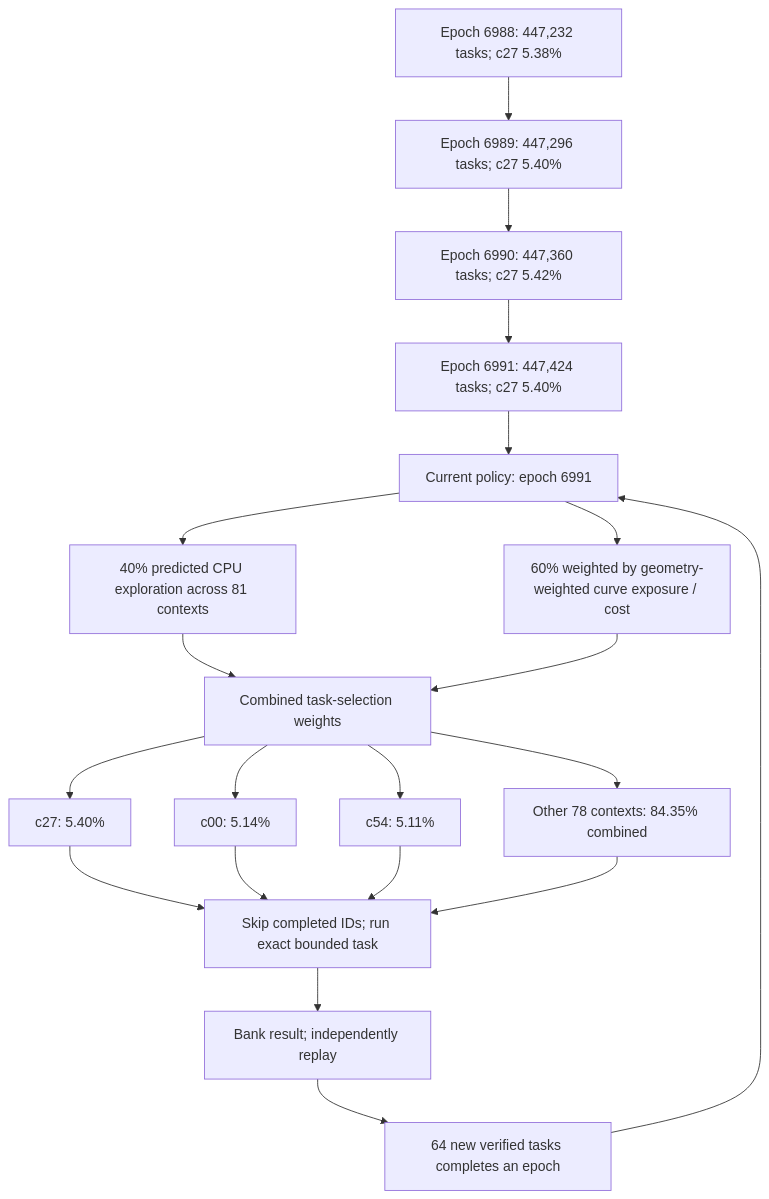
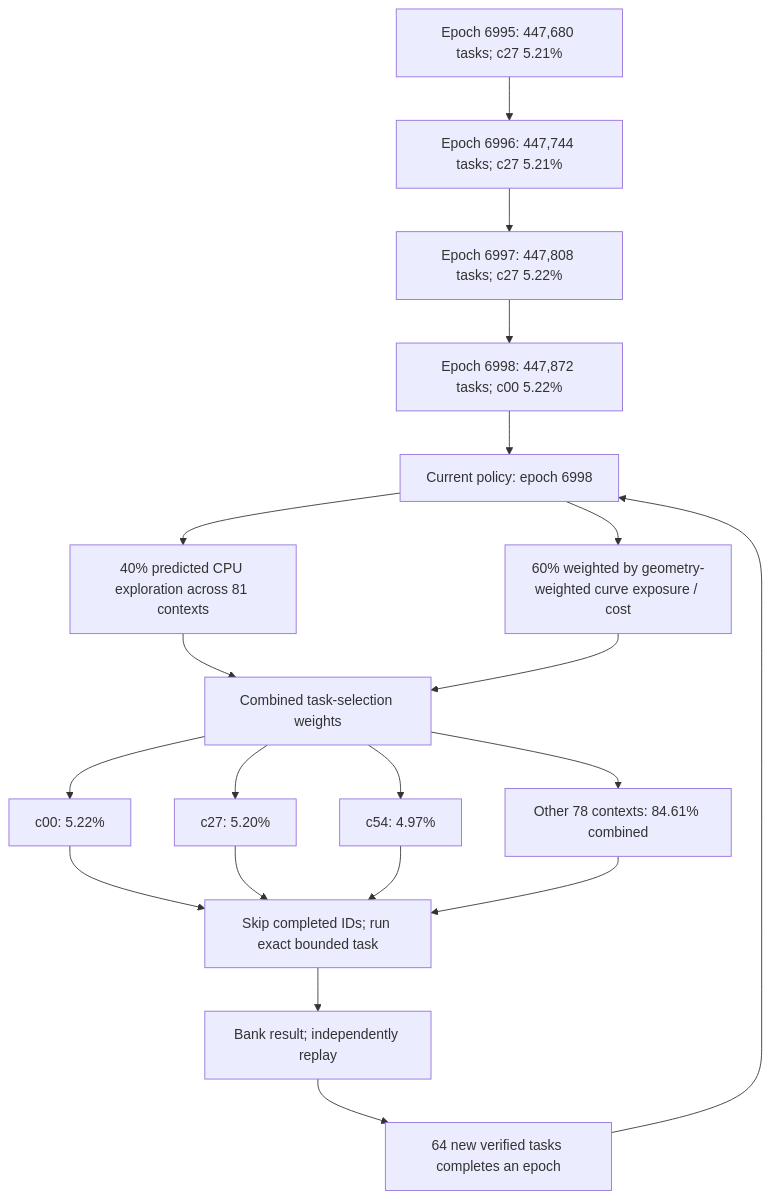
The first of 4 diagrams in README.md (Kuberwastaken/math-gambling), drawn with Mermaid before and after one commit. The commit also changed other lines of this file and 1481 other files, not shown here.

````diff
--- a/README.md
+++ b/README.md
@@ -60,27 +60,27 @@
 ```mermaid
 flowchart TD
-    H0["Epoch 6988: 447,232 tasks; c27 5.38%"]
-    H1["Epoch 6989: 447,296 tasks; c27 5.40%"]
+    H0["Epoch 6995: 447,680 tasks; c27 5.21%"]
+    H1["Epoch 6996: 447,744 tasks; c27 5.21%"]
     H0 --> H1
-    H2["Epoch 6990: 447,360 tasks; c27 5.42%"]
+    H2["Epoch 6997: 447,808 tasks; c27 5.22%"]
     H1 --> H2
-    H3["Epoch 6991: 447,424 tasks; c27 5.40%"]
+    H3["Epoch 6998: 447,872 tasks; c00 5.22%"]
     H2 --> H3
-    Policy["Current policy: epoch 6991"]
+    Policy["Current policy: epoch 6998"]
     H3 --> Policy
     Policy --> Explore["40% predicted CPU exploration across 81 contexts"]
     Policy --> Cost["60% weighted by geometry-weighted curve exposure / cost"]
     Explore --> Mix["Combined task-selection weights"]
     Cost --> Mix
-    Mix --> C0["c27: 5.40%"]
-    Mix --> C1["c00: 5.14%"]
-    Mix --> C2["c54: 5.11%"]
-    Mix --> Rest["Other 78 contexts: 84.35% combined"]
+    Mix --> C0["c00: 5.22%"]
+    Mix --> C1["c27: 5.20%"]
+    Mix --> C2["c54: 4.97%"]
+    Mix --> Rest["Other 78 contexts: 84.61% combined"]
     C0 --> Check["Skip completed IDs; run exact bounded task"]
     C1 --> Check
     C2 --> Check
     Rest --> Check
     Check --> Replay["Bank result; independently replay"]
     Replay --> Gate["64 new verified tasks completes an epoch"]
     Gate --> Policy
 ```
````
